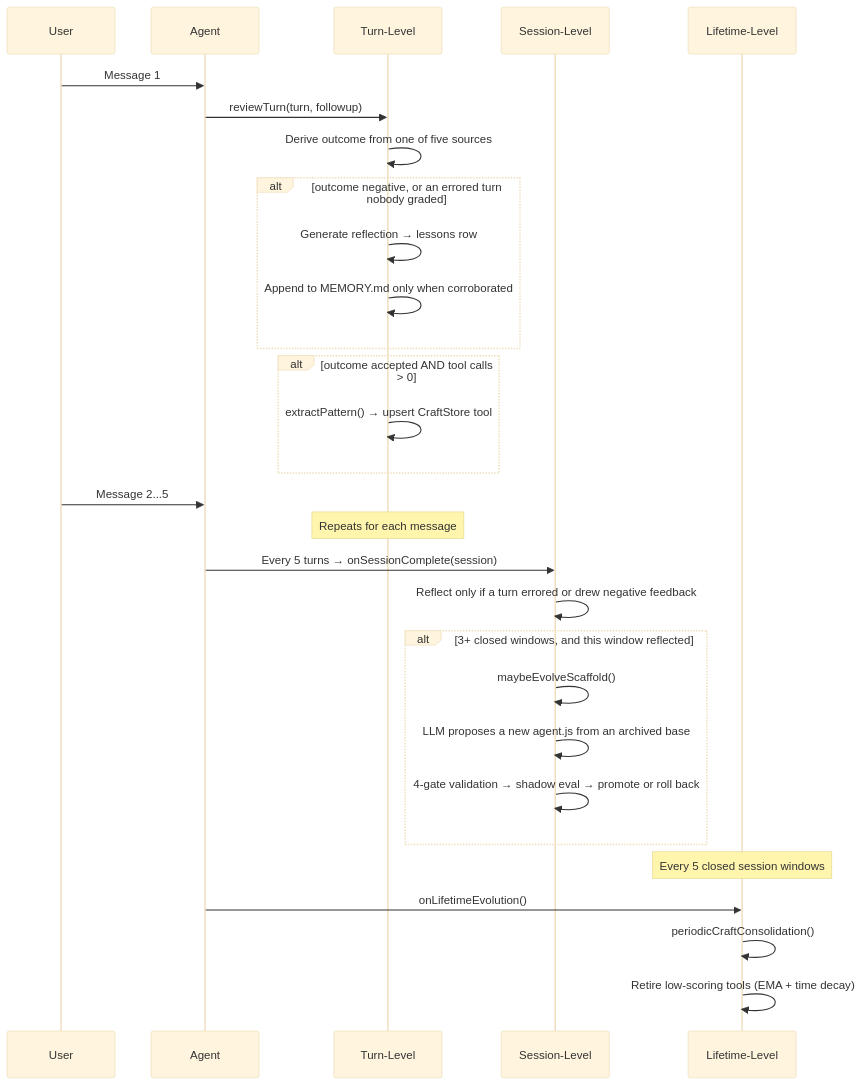
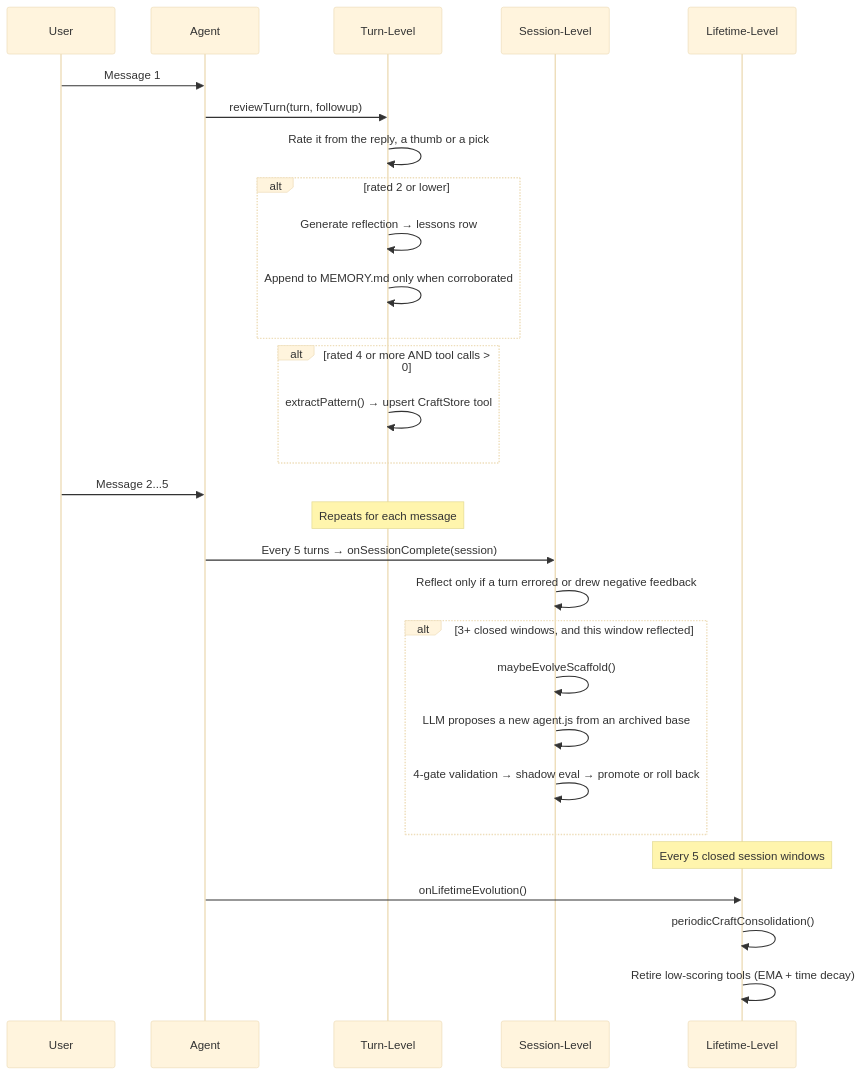
One commit to AshishKumar4/kinu changed the first of 2 diagrams in docs/EVOLUTION.md. Above: the diagram before and after it, drawn with Mermaid (base theme). The commit also changed other lines of this file and 153 other files, not shown here.

First line of the commit message:
feat(evolution): a turn is rated from the user's reply, never a tool exit

````diff
--- a/docs/EVOLUTION.md
+++ b/docs/EVOLUTION.md
@@ -33,35 +33,35 @@
 ```mermaid
 sequenceDiagram
     participant User
     participant Agent
     participant Turn as Turn-Level
     participant Session as Session-Level
     participant Lifetime as Lifetime-Level
 
     User->>Agent: Message 1
     Agent->>Turn: reviewTurn(turn, followup)
-    Turn->>Turn: Derive outcome from one of five sources
-    alt outcome negative, or an errored turn nobody graded
+    Turn->>Turn: Rate it from the reply, a thumb or a pick
+    alt rated 2 or lower
         Turn->>Turn: Generate reflection → lessons row
         Turn->>Turn: Append to MEMORY.md only when corroborated
     end
-    alt outcome accepted AND tool calls > 0
+    alt rated 4 or more AND tool calls > 0
         Turn->>Turn: extractPattern() → upsert CraftStore tool
     end
 
     User->>Agent: Message 2...5
     Note over Turn: Repeats for each message
 
     Agent->>Session: Every 5 turns → onSessionComplete(session)
     Session->>Session: Reflect only if a turn errored or drew negative feedback
     alt 3+ closed windows, and this window reflected
         Session->>Session: maybeEvolveScaffold()
         Session->>Session: LLM proposes a new agent.js from an archived base
         Session->>Session: 4-gate validation → shadow eval → promote or roll back
     end
 
     Note over Lifetime: Every 5 closed session windows
     Agent->>Lifetime: onLifetimeEvolution()
     Lifetime->>Lifetime: periodicCraftConsolidation()
     Lifetime->>Lifetime: Retire low-scoring tools (EMA + time decay)
 ```
````
